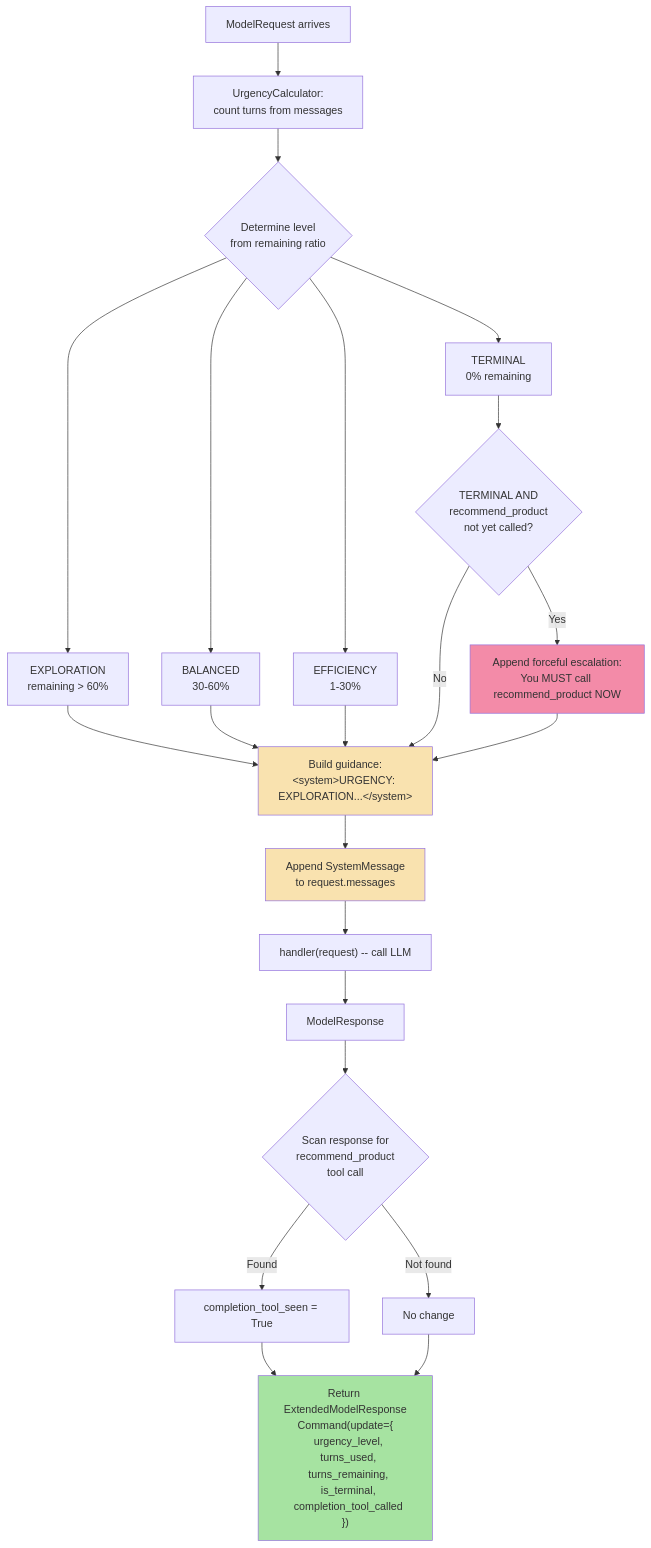
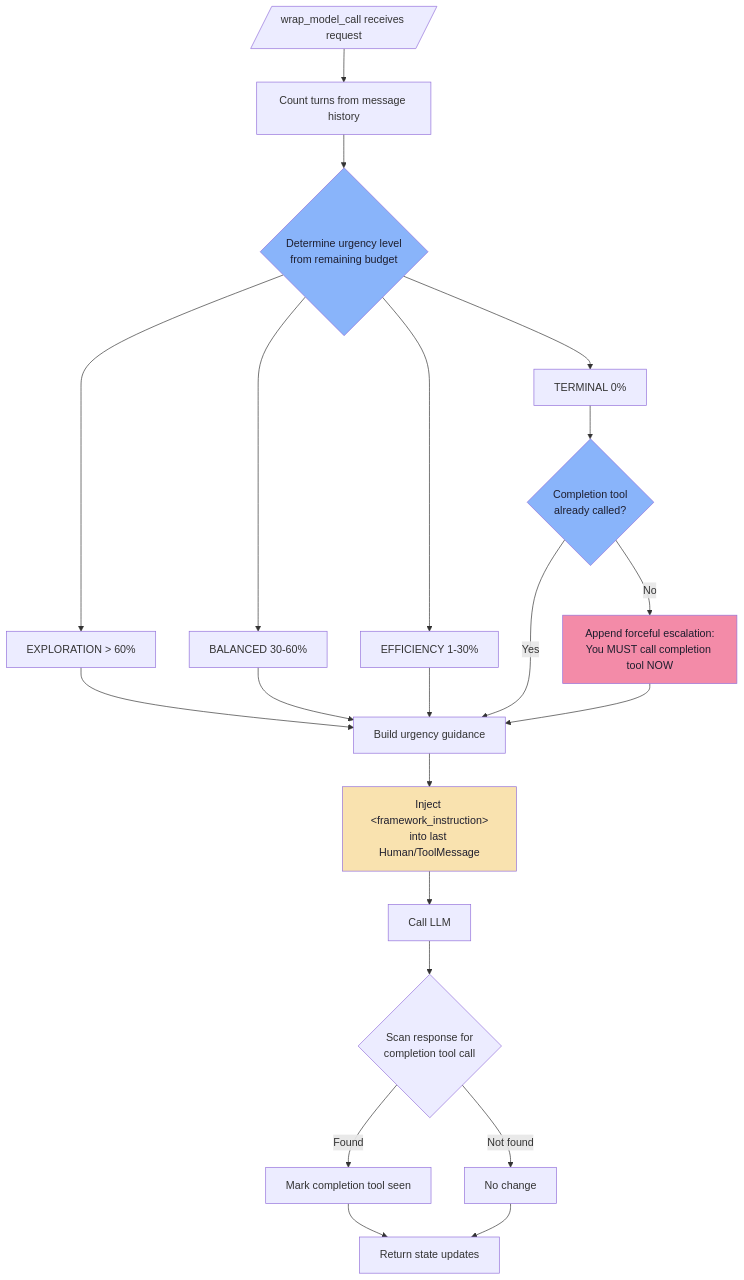
Before and after one commit to johnsosoka/code-examples: the diagram in python/behavior-steering-middleware/src/bsm_examples/turn_urgency/DIAGRAM.md, drawn with Mermaid. The commit also changed other lines of this file and 7 other files, not shown here.

First line of the commit message:
docs: simplified mermaid diagrams focused on decisions and steering

````diff
--- a/python/behavior-steering-middleware/src/bsm_examples/turn_urgency/DIAGRAM.md
+++ b/python/behavior-steering-middleware/src/bsm_examples/turn_urgency/DIAGRAM.md
@@ -3,31 +3,35 @@
 ```mermaid
 flowchart TD
-    A[ModelRequest arrives] --> B["UrgencyCalculator:<br/>count turns from messages"]
-    B --> C{"Determine level<br/>from remaining ratio"}
-    C --> D["EXPLORATION<br/>remaining > 60%"]
-    C --> E["BALANCED<br/>30-60%"]
-    C --> F["EFFICIENCY<br/>1-30%"]
-    C --> G["TERMINAL<br/>0% remaining"]
+    A[/"wrap_model_call receives request"/] --> B["Count turns from message history"]
+    B --> C{"Determine urgency level<br/>from remaining budget"}
 
-    D --> H["Build guidance:<br/>&lt;system&gt;URGENCY: EXPLORATION...&lt;/system&gt;"]
+    C --> D["EXPLORATION > 60%"]
+    C --> E["BALANCED 30-60%"]
+    C --> F["EFFICIENCY 1-30%"]
+    C --> G["TERMINAL 0%"]
+
+    D --> H
     E --> H
     F --> H
-    G --> I{"TERMINAL AND<br/>recommend_product<br/>not yet called?"}
-    I -- Yes --> J["Append forceful escalation:<br/>You MUST call recommend_product NOW"]
-    I -- No --> H
-    J --> H
 
-    H --> K["Append SystemMessage<br/>to request.messages"]
-    K --> L["handler(request) -- call LLM"]
-    L --> M[ModelResponse]
-    M --> N{"Scan response for<br/>recommend_product<br/>tool call"}
-    N -- Found --> O["completion_tool_seen = True"]
-    N -- Not found --> P[No change]
-    O --> Q["Return ExtendedModelResponse<br/>Command(update={<br/>  urgency_level,<br/>  turns_used,<br/>  turns_remaining,<br/>  is_terminal,<br/>  completion_tool_called<br/>})"]
-    P --> Q
+    G --> I{"Completion tool<br/>already called?"}
+    I -- No --> J["Append forceful escalation:<br/>You MUST call completion tool NOW"]
+    I -- Yes --> H
 
-    style J fill:#f38ba8
-    style H fill:#f9e2af
-    style K fill:#f9e2af
-    style Q fill:#a6e3a1
+    J --> H["Build urgency guidance"]
+    H --> K["Inject &lt;framework_instruction&gt;<br/>into last Human/ToolMessage"]
+
+    K --> L[Call LLM]
+    L --> M{"Scan response for<br/>completion tool call"}
+
+    M -- Found --> N["Mark completion tool seen"]
+    M -- Not found --> O[No change]
+
+    N --> P[Return state updates]
+    O --> P
+
+    style C fill:#89b4fa,color:#1e1e2e
+    style I fill:#89b4fa,color:#1e1e2e
+    style K fill:#f9e2af,color:#1e1e2e
+    style J fill:#f38ba8,color:#1e1e2e
 ```
````
